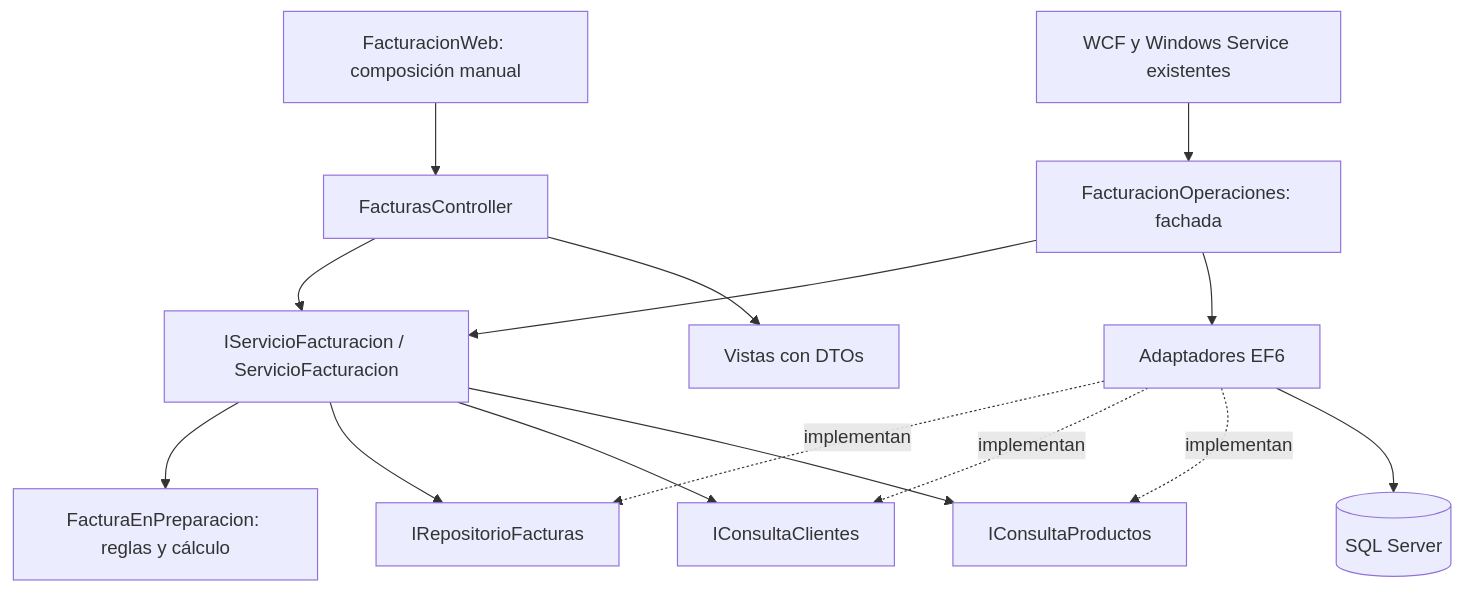
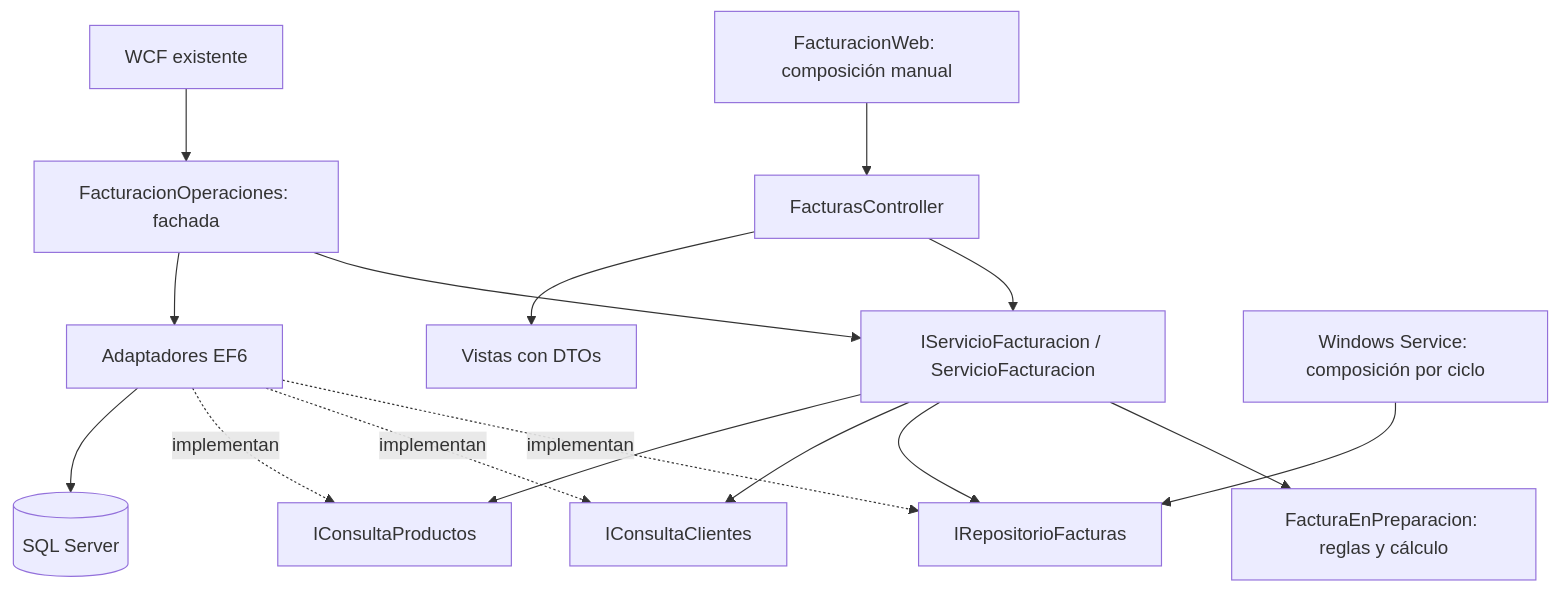
The second of 2 diagrams in legacy/docs/modulo-3/arquitectura.md (Vickyrai01/Gestion-de-facturacion), drawn with Mermaid before and after one commit. The commit also changed other lines of this file and 23 other files, not shown here.

````diff
--- a/legacy/docs/modulo-3/arquitectura.md
+++ b/legacy/docs/modulo-3/arquitectura.md
@@ -18,17 +18,18 @@
 ```mermaid
 flowchart TD
     W[FacturacionWeb: composición manual] --> A[FacturasController]
     A --> S[IServicioFacturacion / ServicioFacturacion]
     S --> D[FacturaEnPreparacion: reglas y cálculo]
     S --> R[IRepositorioFacturas]
     S --> C[IConsultaClientes]
     S --> P[IConsultaProductos]
     E[Adaptadores EF6] -. implementan .-> R
     E -. implementan .-> C
     E -. implementan .-> P
     E --> DB[(SQL Server)]
     A --> V[Vistas con DTOs]
     F[FacturacionOperaciones: fachada] --> S
     F --> E
-    H[WCF y Windows Service existentes] --> F
+    H[WCF existente] --> F
+    J[Windows Service: composición por ciclo] --> R
 ```
````
